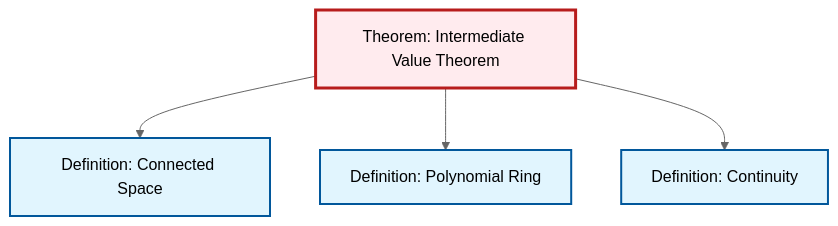
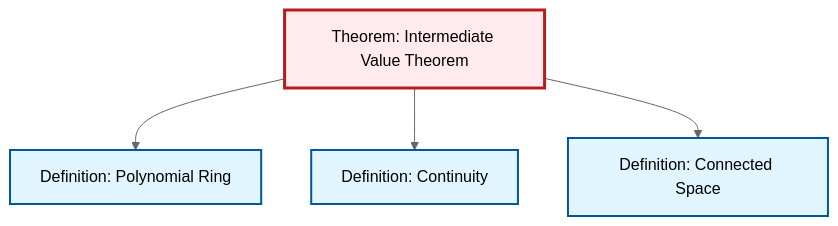
One commit to RK0429/ModernMath changed the diagram in content/en/topology/thm-intermediate-value.qmd. Above: the diagram before and after it, drawn with Mermaid (neutral theme). The commit also changed other lines of this file and 491 other files, not shown here.

````diff
--- a/content/en/topology/thm-intermediate-value.qmd
+++ b/content/en/topology/thm-intermediate-value.qmd
@@ -51,20 +51,20 @@
 ```{mermaid}
 %%| fig-cap: "Local dependency graph"
 graph TD
     classDef definition fill:#e1f5fe,stroke:#01579b,stroke-width:2px
     classDef theorem fill:#f3e5f5,stroke:#4a148c,stroke-width:2px
     classDef axiom fill:#fff3e0,stroke:#e65100,stroke-width:2px
     classDef example fill:#e8f5e9,stroke:#1b5e20,stroke-width:2px
     classDef current fill:#ffebee,stroke:#b71c1c,stroke-width:3px
-    def-connected["Definition: Connected Space"]:::definition
-    def-continuity["Definition: Continuity"]:::definition
     def-polynomial-ring["Definition: Polynomial Ring"]:::definition
     thm-intermediate-value["Theorem: Intermediate Value Theorem"]:::theorem
-    thm-intermediate-value --> def-connected
+    def-continuity["Definition: Continuity"]:::definition
+    def-connected["Definition: Connected Space"]:::definition
     thm-intermediate-value --> def-polynomial-ring
     thm-intermediate-value --> def-continuity
+    thm-intermediate-value --> def-connected
     class thm-intermediate-value current
+    click def-polynomial-ring "def-polynomial-ring.html" "Go to Polynomial Ring definition"
+    click def-continuity "def-continuity.html" "Go to Continuity definition"
     click def-connected "def-connected.html" "Go to Connected Space definition"
-    click def-continuity "def-continuity.html" "Go to Continuity definition"
-    click def-polynomial-ring "def-polynomial-ring.html" "Go to Polynomial Ring definition"
 ```
````
